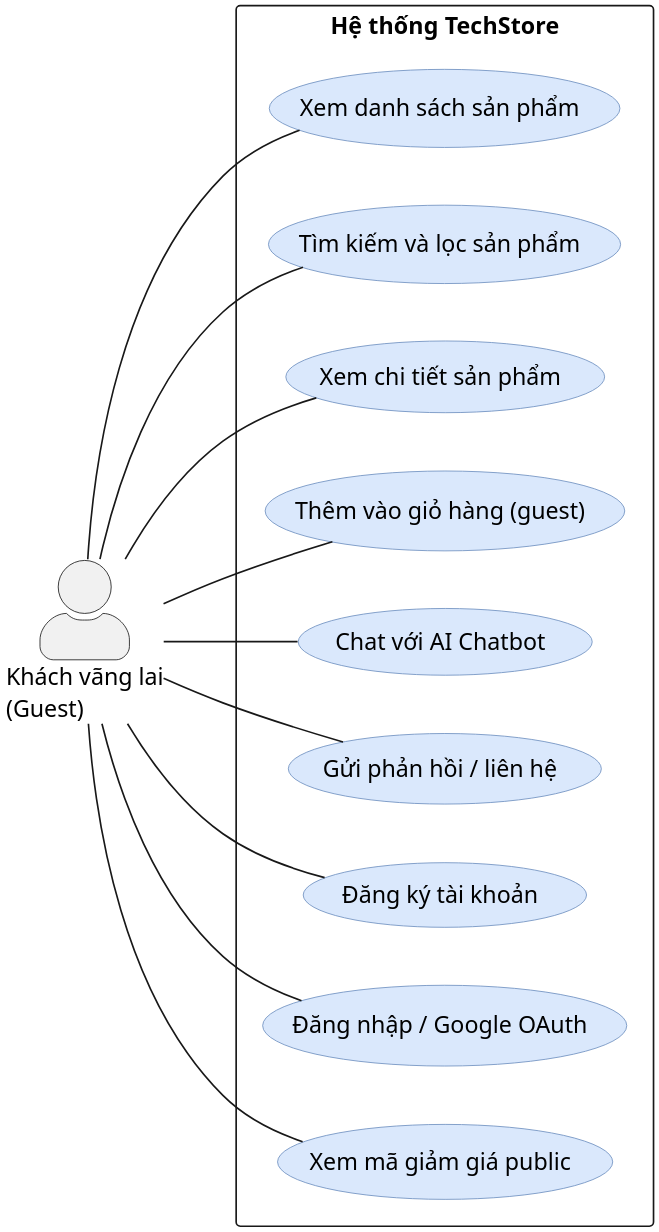
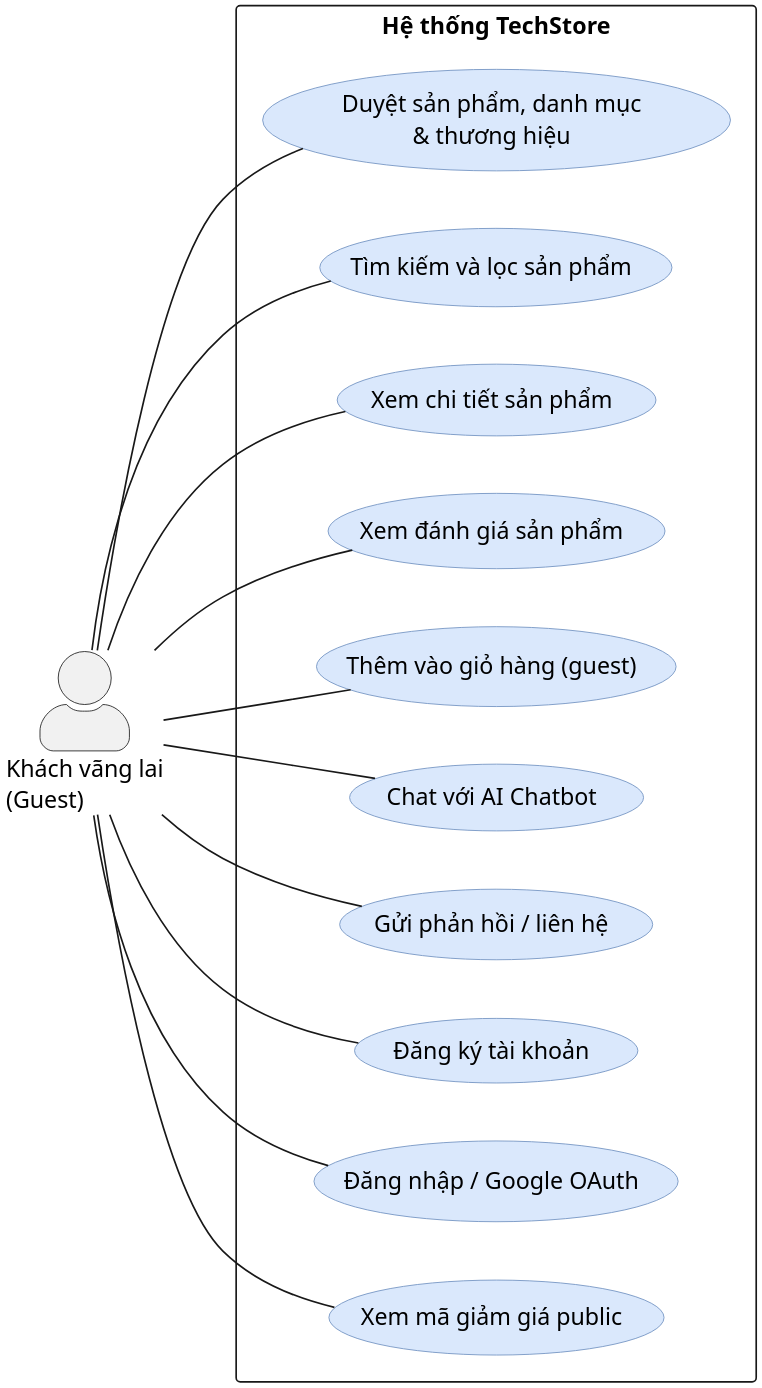
Before and after one commit to MinhThang1009/E-commerce-website: the diagram in diagrams/usecase/usecase-01-overview-guest.puml, drawn with PlantUML. The commit also changed 7 other files, not shown here.

First line of the commit message:
docs(diagram): bổ sung UC thiếu ở uc-01/uc-02 (re-verify)

```diff
--- a/diagrams/usecase/usecase-01-overview-guest.puml
+++ b/diagrams/usecase/usecase-01-overview-guest.puml
@@ -1,36 +1,42 @@
 @startuml usecase-01-overview-guest
 ' Sơ đồ use case — Khách vãng lai (Guest) — chuẩn ký pháp UML
+' Ground-truth (endpoint KHÔNG yêu cầu authenticate):
+'   UC1 duyệt SP/danh mục/brand: catalog/routes.js:312 (products), :94 (categories), :172 (brands) — public
+'   UC10 xem đánh giá SP: reviews/routes.js:85 GET /api/reviews/product/:productId — public ("// Public")
+'   Tra cứu đơn công khai (/track) model ở uc-12 (guest -- UC_track), KHÔNG lặp ở đây.
 left to right direction
 skinparam dpi 300
 skinparam backgroundColor #FFFFFF
 skinparam packageStyle rectangle
 skinparam usecase {
   BackgroundColor #DAE8FC
   BorderColor #6C8EBF
 }
 skinparam actorStyle awesome
 
 actor "Khách vãng lai\n(Guest)" as guest
 
 rectangle "Hệ thống TechStore" {
-  usecase "Xem danh sách sản phẩm" as UC1
+  usecase "Duyệt sản phẩm, danh mục\n& thương hiệu" as UC1
   usecase "Tìm kiếm và lọc sản phẩm" as UC2
   usecase "Xem chi tiết sản phẩm" as UC3
+  usecase "Xem đánh giá sản phẩm" as UC10
   usecase "Thêm vào giỏ hàng (guest)" as UC4
   usecase "Chat với AI Chatbot" as UC5
   usecase "Gửi phản hồi / liên hệ" as UC6
   usecase "Đăng ký tài khoản" as UC7
   usecase "Đăng nhập / Google OAuth" as UC8
   usecase "Xem mã giảm giá public" as UC9
 }
 
 guest -- UC1
 guest -- UC2
 guest -- UC3
+guest -- UC10
 guest -- UC4
 guest -- UC5
 guest -- UC6
 guest -- UC7
 guest -- UC8
 guest -- UC9
 @enduml
```
